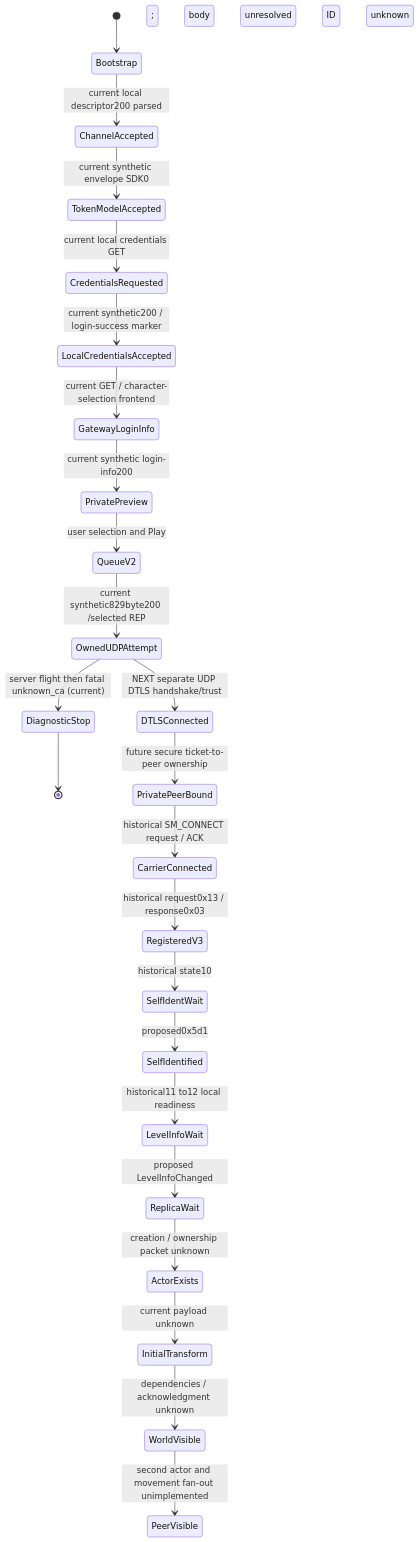
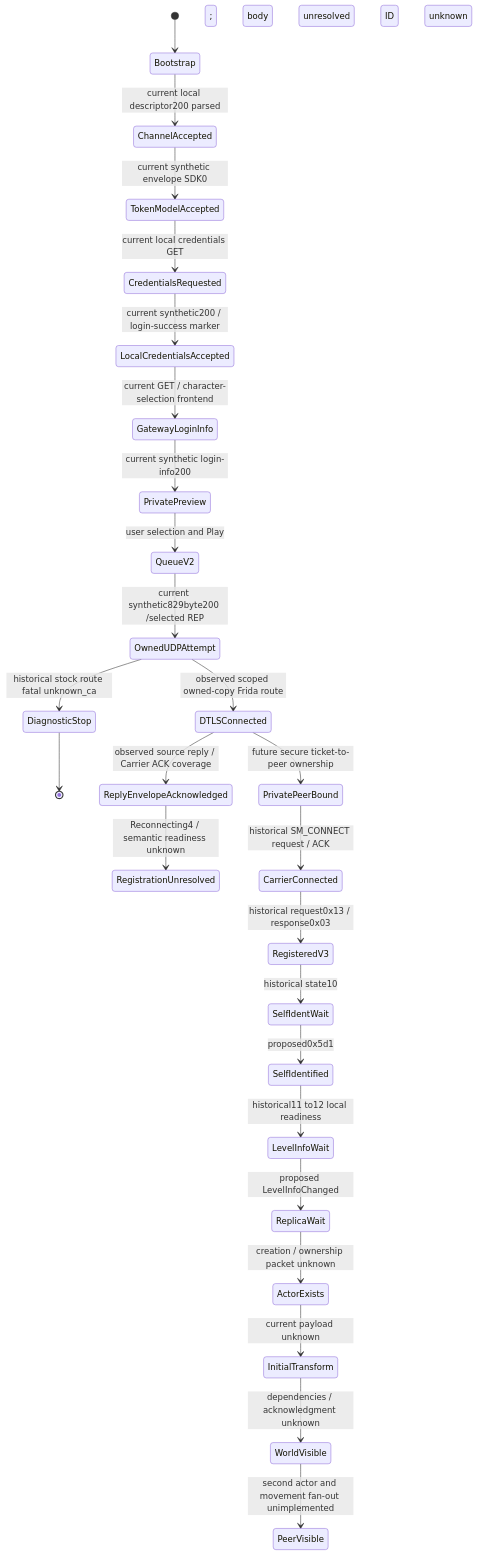
The diagram in docs/SPAWN_SEQUENCE.md (AScriver/NewWorldPreservation), drawn with Mermaid before and after one commit. The commit also changed other lines of this file and 57 other files, not shown here.

````diff
--- a/docs/SPAWN_SEQUENCE.md
+++ b/docs/SPAWN_SEQUENCE.md
@@ -15,26 +44,28 @@
 ```mermaid
 stateDiagram-v2
     [*] --> Bootstrap
     Bootstrap --> ChannelAccepted: current local descriptor200 parsed
     ChannelAccepted --> TokenModelAccepted: current synthetic envelope SDK0
     TokenModelAccepted --> CredentialsRequested: current local credentials GET
     CredentialsRequested --> LocalCredentialsAccepted: current synthetic200 / login-success marker
     LocalCredentialsAccepted --> GatewayLoginInfo: current GET / character-selection frontend
     GatewayLoginInfo --> PrivatePreview: current synthetic login-info200
     PrivatePreview --> QueueV2: user selection and Play
     QueueV2 --> OwnedUDPAttempt: current synthetic829byte200 /selected REP
-    OwnedUDPAttempt --> DiagnosticStop: server flight then fatal unknown_ca (current)
+    OwnedUDPAttempt --> DiagnosticStop: historical stock route fatal unknown_ca
     DiagnosticStop --> [*]
-    OwnedUDPAttempt --> DTLSConnected: NEXT separate UDP DTLS handshake/trust
+    OwnedUDPAttempt --> DTLSConnected: observed scoped owned-copy Frida route
+    DTLSConnected --> ReplyEnvelopeAcknowledged: observed source reply / Carrier ACK coverage
+    ReplyEnvelopeAcknowledged --> RegistrationUnresolved: Reconnecting4 / semantic readiness unknown
     DTLSConnected --> PrivatePeerBound: future secure ticket-to-peer ownership
     PrivatePeerBound --> CarrierConnected: historical SM_CONNECT request / ACK
     CarrierConnected --> RegisteredV3: historical request0x13 / response0x03
     RegisteredV3 --> SelfIdentWait: historical state10
     SelfIdentWait --> SelfIdentified: proposed0x5d1; body unresolved
     SelfIdentified --> LevelInfoWait: historical11 to12 local readiness
     LevelInfoWait --> ReplicaWait: proposed LevelInfoChanged; ID unknown
     ReplicaWait --> ActorExists: creation / ownership packet unknown
     ActorExists --> InitialTransform: current payload unknown
     InitialTransform --> WorldVisible: dependencies / acknowledgment unknown
     WorldVisible --> PeerVisible: second actor and movement fan-out unimplemented
 ```
````
